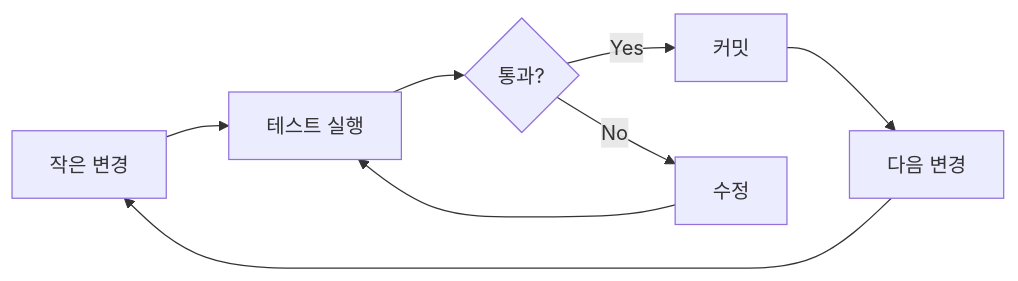
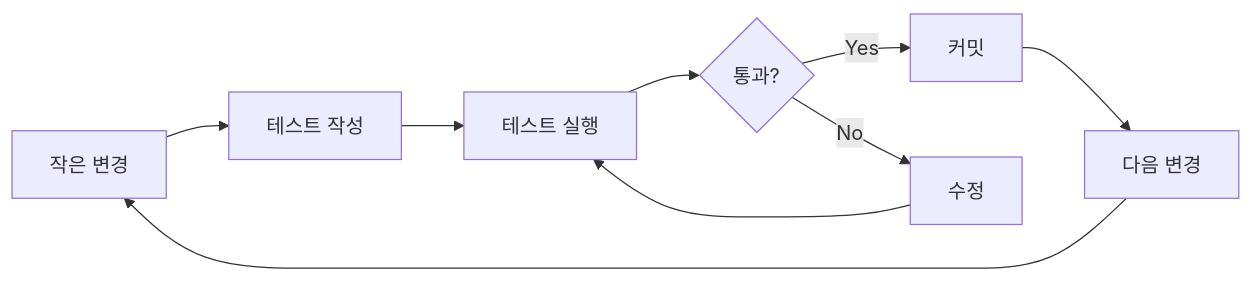
The third of 4 diagrams in content/posts/2026-03-19-claude-code-practical-guide.md (ice-ice-bear/ice-ice-bear.github.io), drawn with Mermaid before and after one commit. The commit also changed other lines of this file, not shown here.

````diff
--- a/content/posts/2026-03-19-claude-code-practical-guide.md
+++ b/content/posts/2026-03-19-claude-code-practical-guide.md
@@ -94,10 +177,11 @@
 ```mermaid
 flowchart LR
-    A["작은 변경"] --> B["테스트 실행"]
-    B --> C{"통과?"}
-    C -- Yes --> D["커밋"]
-    C -- No --> E["수정"]
-    E --> B
-    D --> F["다음 변경"]
-    F --> A
+    A["작은 변경"] --> B["테스트 작성"]
+    B --> C["테스트 실행"]
+    C --> D{"통과?"}
+    D -- Yes --> E["커밋"]
+    D -- No --> F["수정"]
+    F --> C
+    E --> G["다음 변경"]
+    G --> A
 ```
````
